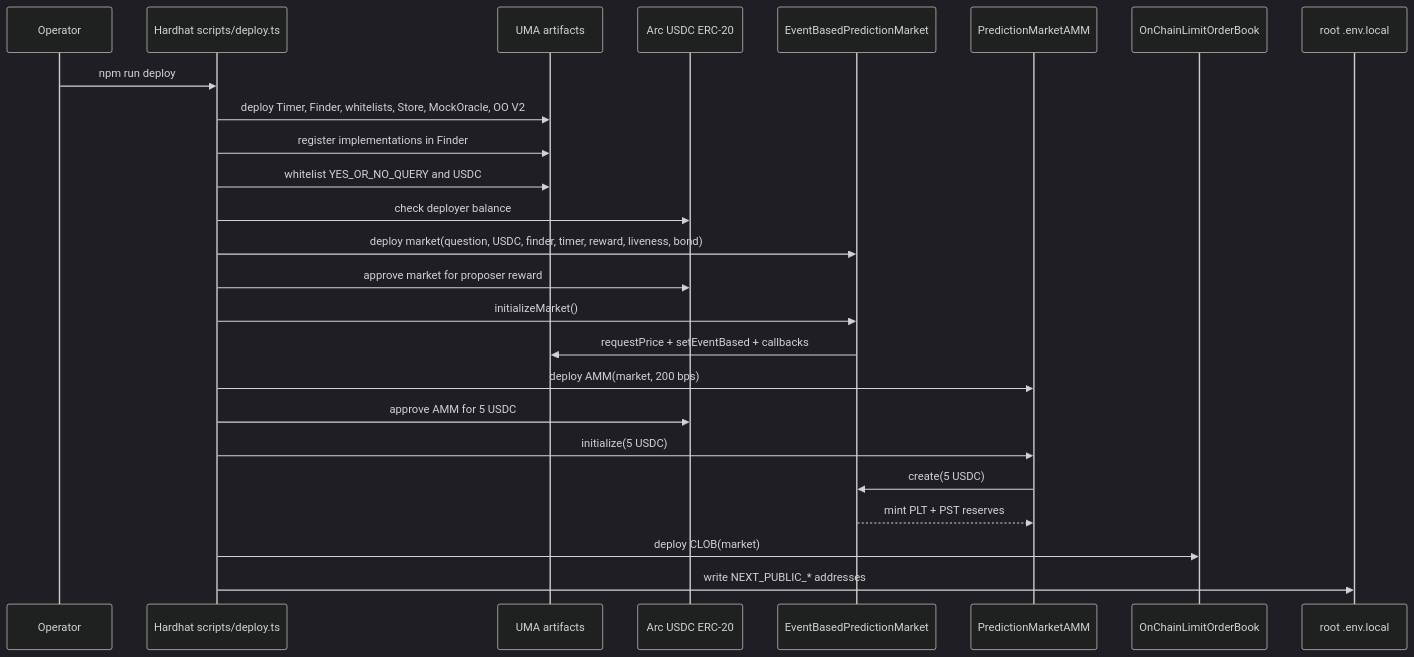
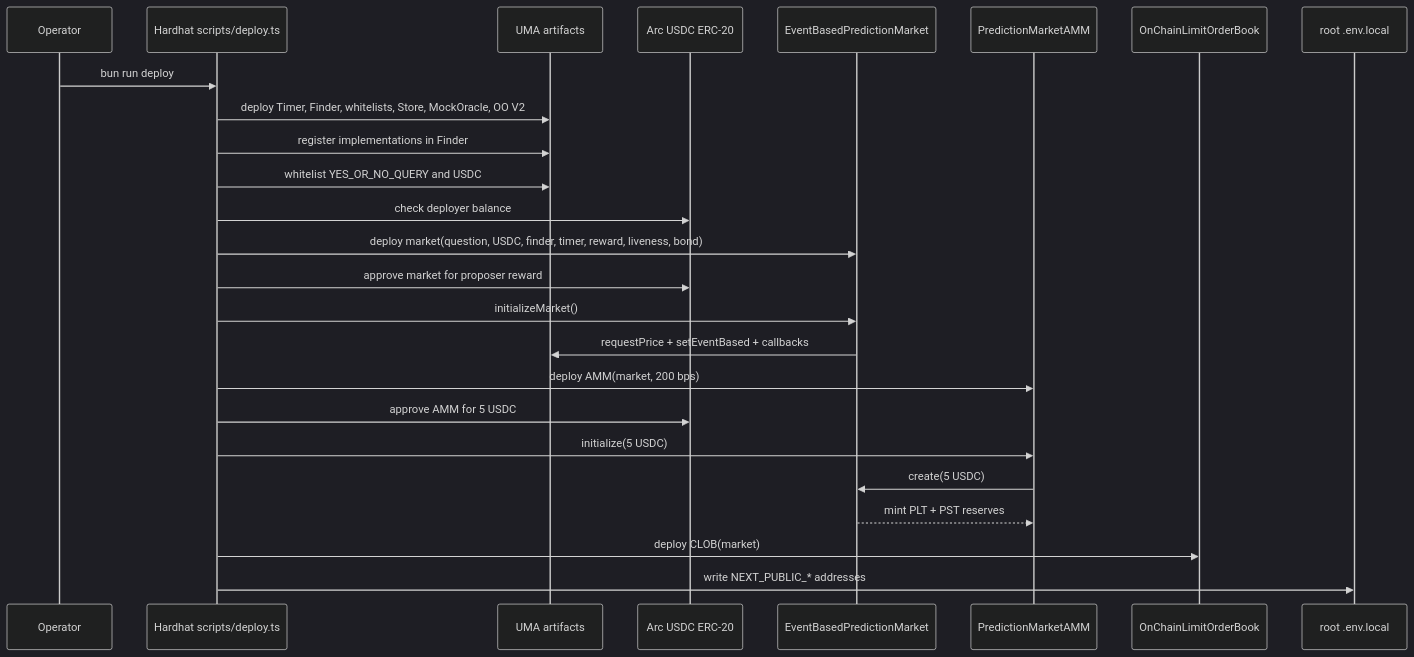
One commit to Kirashchuk/Predict-Edge changed the fourth of 9 diagrams in docs/architecture-diagram.md. Above: the diagram before and after it, drawn with Mermaid (dark theme). The commit also changed other lines of this file and 10 other files, not shown here.

````diff
--- a/docs/architecture-diagram.md
+++ b/docs/architecture-diagram.md
@@ -126,28 +126,28 @@
 ```mermaid
 sequenceDiagram
     participant Op as Operator
     participant HH as Hardhat scripts/deploy.ts
     participant UMA as UMA artifacts
     participant USDC as Arc USDC ERC-20
     participant MKT as EventBasedPredictionMarket
     participant AMM as PredictionMarketAMM
     participant CLOB as OnChainLimitOrderBook
     participant Env as root .env.local
 
-    Op->>HH: npm run deploy
+    Op->>HH: bun run deploy
     HH->>UMA: deploy Timer, Finder, whitelists, Store, MockOracle, OO V2
     HH->>UMA: register implementations in Finder
     HH->>UMA: whitelist YES_OR_NO_QUERY and USDC
     HH->>USDC: check deployer balance
     HH->>MKT: deploy market(question, USDC, finder, timer, reward, liveness, bond)
     HH->>USDC: approve market for proposer reward
     HH->>MKT: initializeMarket()
     MKT->>UMA: requestPrice + setEventBased + callbacks
     HH->>AMM: deploy AMM(market, 200 bps)
     HH->>USDC: approve AMM for 5 USDC
     HH->>AMM: initialize(5 USDC)
     AMM->>MKT: create(5 USDC)
     MKT-->>AMM: mint PLT + PST reserves
     HH->>CLOB: deploy CLOB(market)
     HH->>Env: write NEXT_PUBLIC_* addresses
 ```
````
